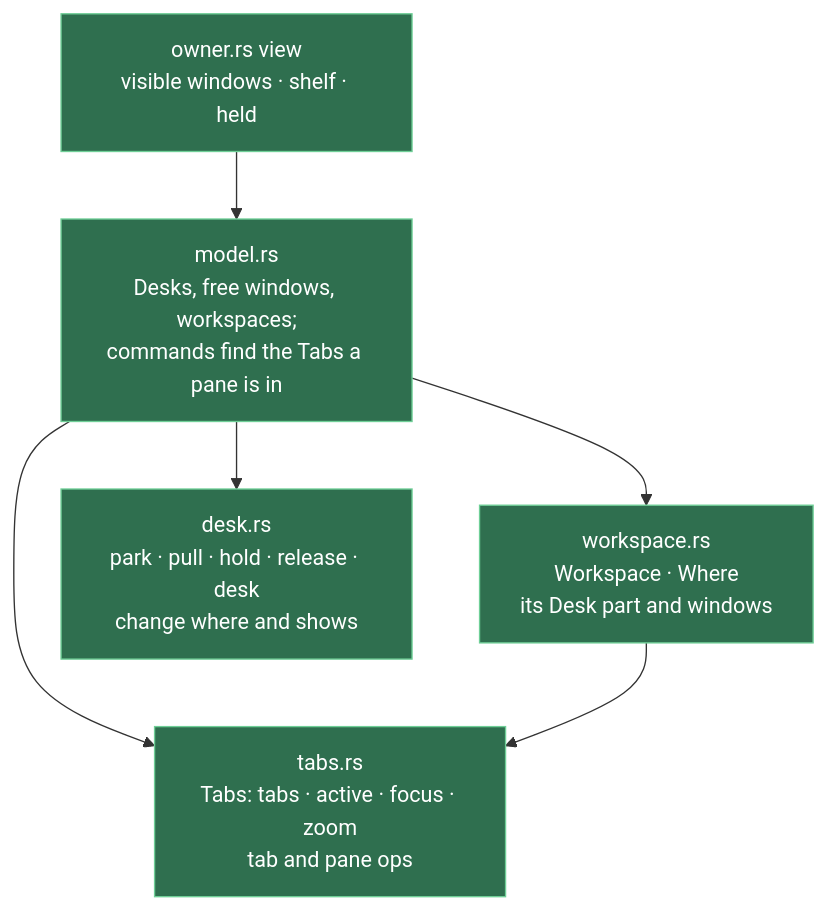
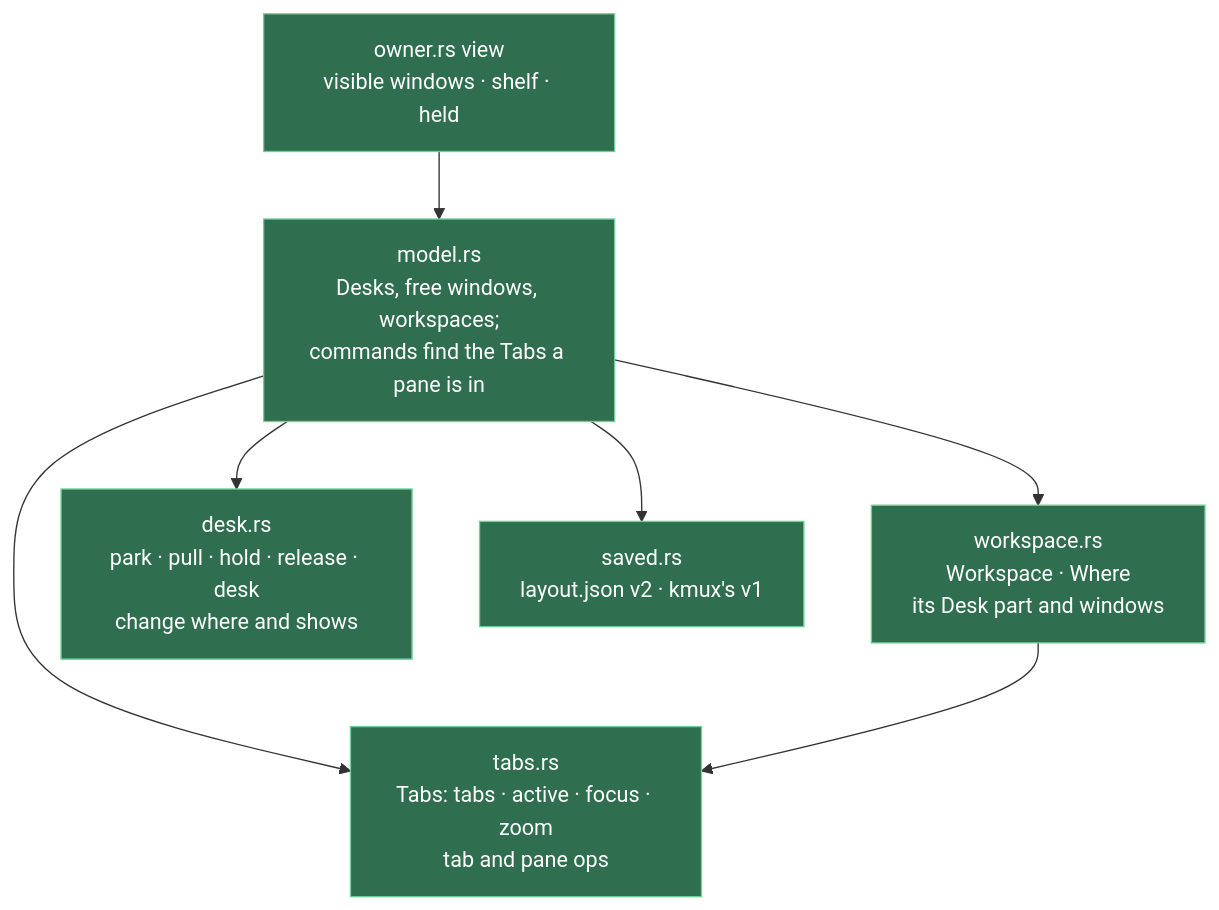
One commit to jemdiggity/kanna-v4 changed the third of 4 diagrams in docs/specs/workspaces.md. Above: the diagram before and after it, drawn with Mermaid. The commit also changed other lines of this file and 30 other files, not shown here.

````diff
--- a/docs/specs/workspaces.md
+++ b/docs/specs/workspaces.md
@@ -163,13 +164,14 @@
 ```mermaid
 flowchart TB
     T["tabs.rs<br/>Tabs: tabs · active · focus · zoom<br/>tab and pane ops"]
     WS["workspace.rs<br/>Workspace · Where<br/>its Desk part and windows"]
     D["desk.rs<br/>park · pull · hold · release · desk<br/>change where and shows"]
     M["model.rs<br/>Desks, free windows, workspaces;<br/>commands find the Tabs a pane is in"]
     O["owner.rs view<br/>visible windows · shelf · held"]
-    M --> D & WS & T
+    S["saved.rs<br/>layout.json v2 · kmux's v1"]
+    M --> D & WS & T & S
     WS --> T
     O --> M
     classDef ours fill:#2f6f4f,stroke:#6fcf97,color:#ffffff
-    class T,WS,D,M,O ours
+    class T,WS,D,M,O,S ours
 ```
````
